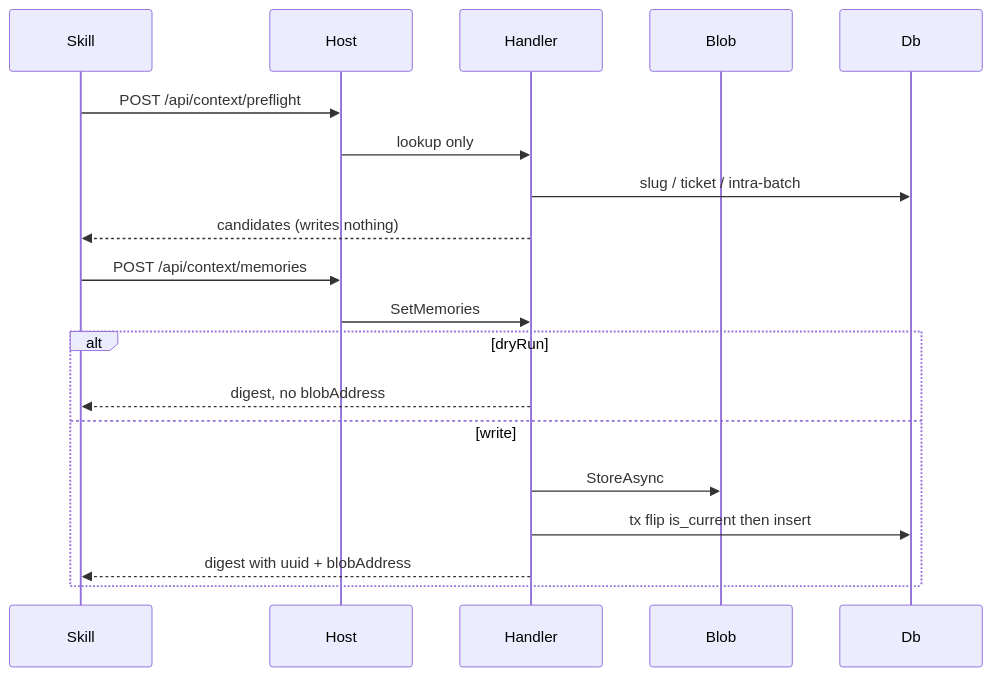
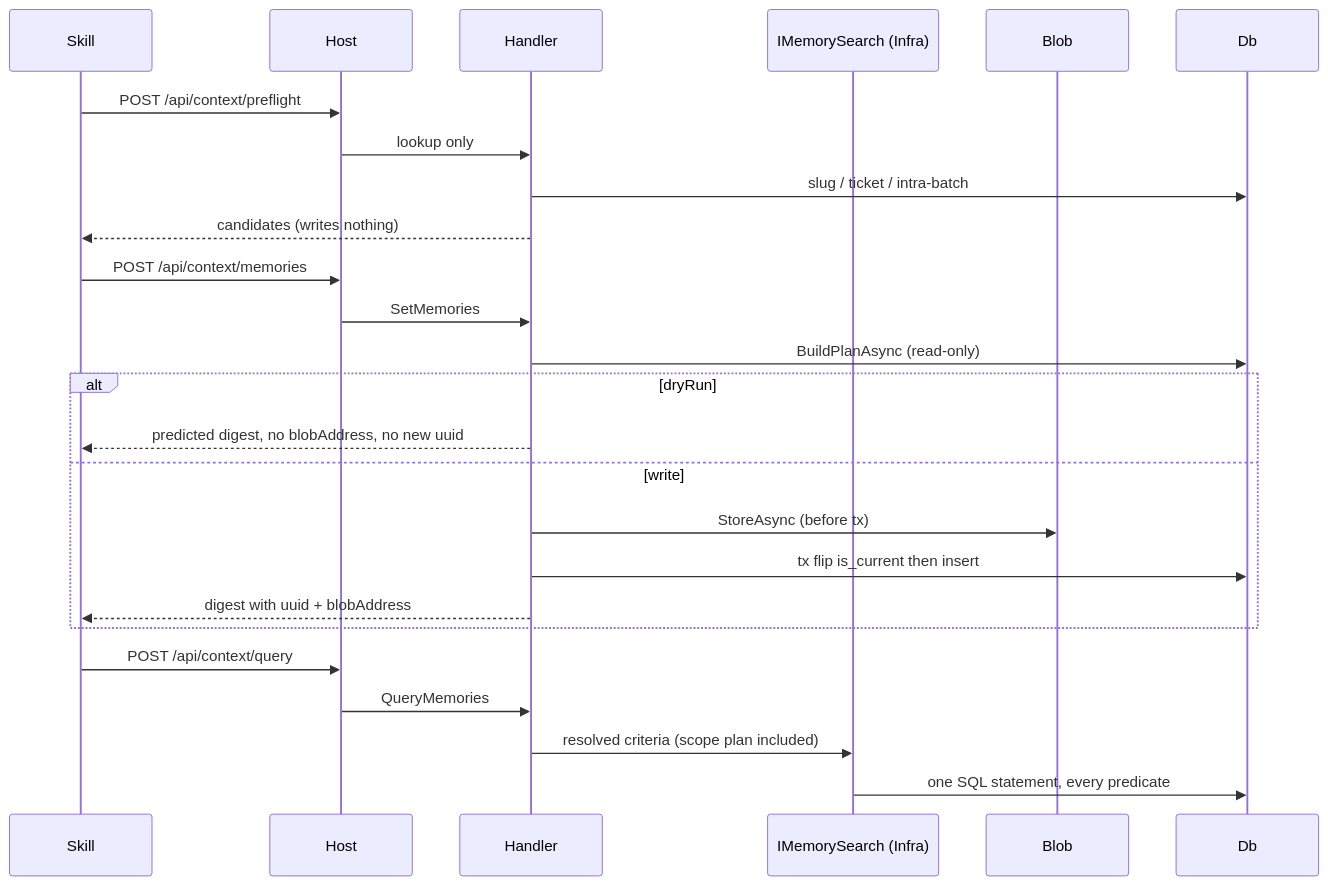
One commit to generic-automation-and-it/smooth-ai-product-context-memory changed the diagram in src/SmoothAiProductContextMemory.Application/Features/FEATURES_AGENTS.md. Above: the diagram before and after it, drawn with Mermaid. The commit also changed other lines of this file and 5 other files, not shown here.

````diff
--- a/src/SmoothAiProductContextMemory.Application/Features/FEATURES_AGENTS.md
+++ b/src/SmoothAiProductContextMemory.Application/Features/FEATURES_AGENTS.md
@@ -23,22 +27,28 @@
 ```mermaid
 sequenceDiagram
     participant Skill
     participant Host
     participant Handler
+    participant Search as IMemorySearch (Infra)
     participant Blob
     participant Db
 
     Skill->>Host: POST /api/context/preflight
     Host->>Handler: lookup only
     Handler->>Db: slug / ticket / intra-batch
     Handler-->>Skill: candidates (writes nothing)
     Skill->>Host: POST /api/context/memories
     Host->>Handler: SetMemories
+    Handler->>Db: BuildPlanAsync (read-only)
     alt dryRun
-        Handler-->>Skill: digest, no blobAddress
+        Handler-->>Skill: predicted digest, no blobAddress, no new uuid
     else write
-        Handler->>Blob: StoreAsync
+        Handler->>Blob: StoreAsync (before tx)
         Handler->>Db: tx flip is_current then insert
         Handler-->>Skill: digest with uuid + blobAddress
     end
+    Skill->>Host: POST /api/context/query
+    Host->>Handler: QueryMemories
+    Handler->>Search: resolved criteria (scope plan included)
+    Search->>Db: one SQL statement, every predicate
 ```
````
